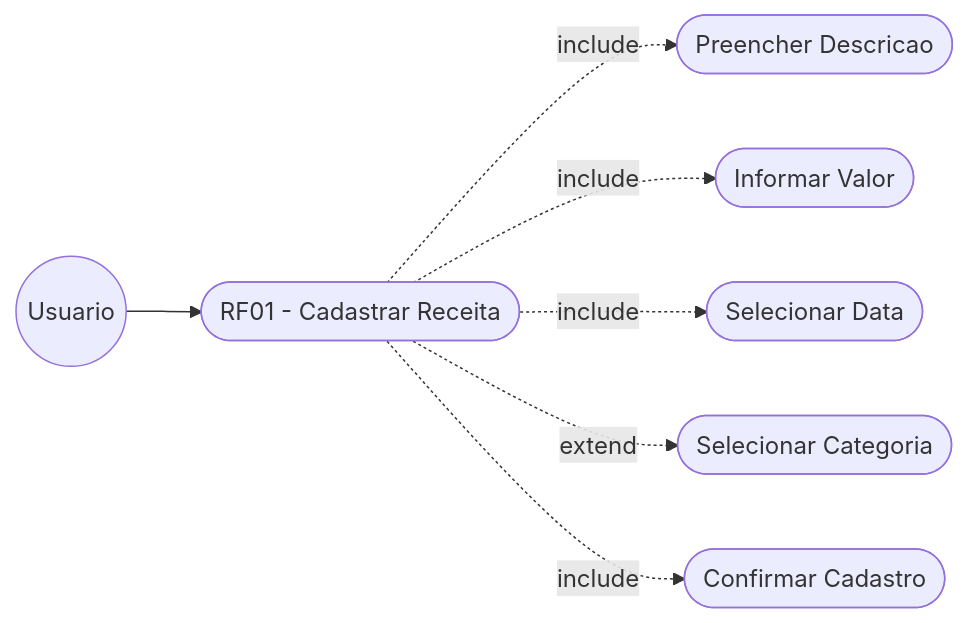
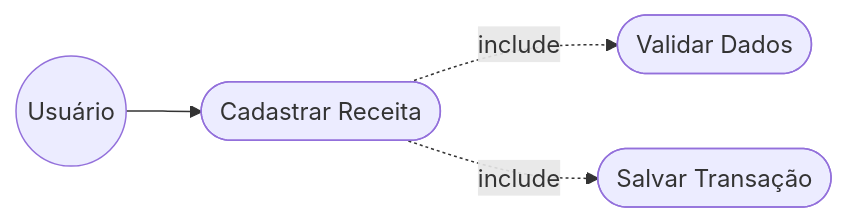
The first of 7 diagrams in relacionamento/dcu.md (NEXA-project-br/NEXA), drawn with Mermaid before and after one commit. The commit also changed other lines of this file, not shown here.

Commit message:
Update use case descriptions and diagrams

````diff
--- a/relacionamento/dcu.md
+++ b/relacionamento/dcu.md
@@ -11,17 +11,11 @@
 ```mermaid
 graph LR
-  U((Usuario))
-  RF01([RF01 - Cadastrar Receita])
-  A1([Preencher Descricao])
-  A2([Informar Valor])
-  A3([Selecionar Data])
-  A4([Selecionar Categoria])
-  A5([Confirmar Cadastro])
+  U((Usuário))
+  RF01([Cadastrar Receita])
+  A1([Validar Dados])
+  A2([Salvar Transação])
 
   U --> RF01
   RF01 -.->|include| A1
   RF01 -.->|include| A2
-  RF01 -.->|include| A3
-  RF01 -.->|extend| A4
-  RF01 -.->|include| A5
 ```
````
